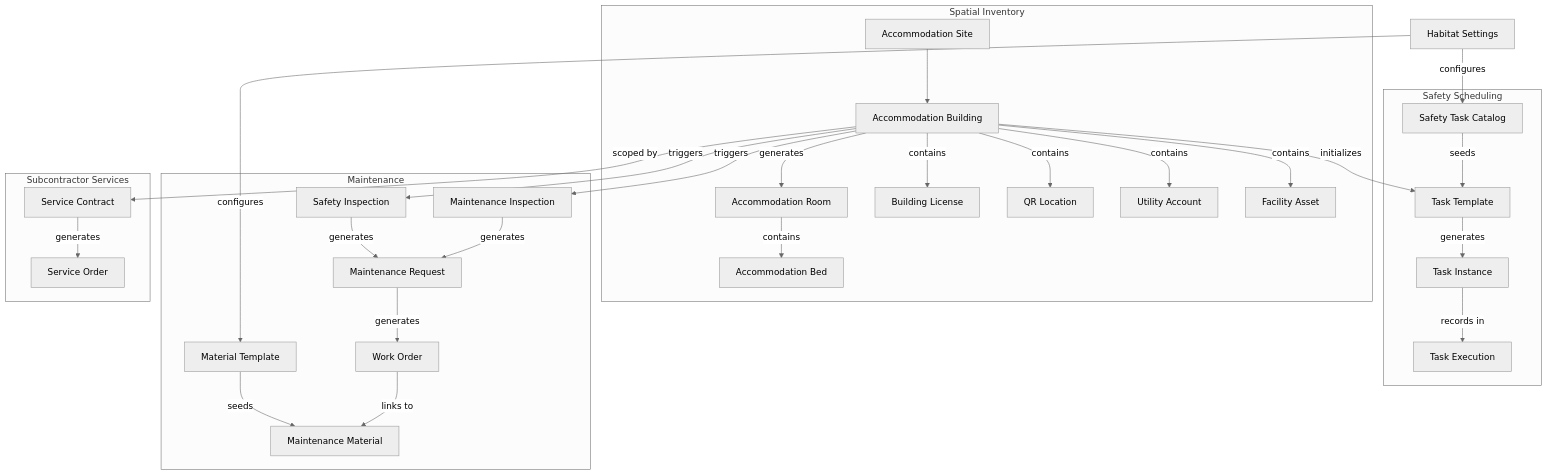
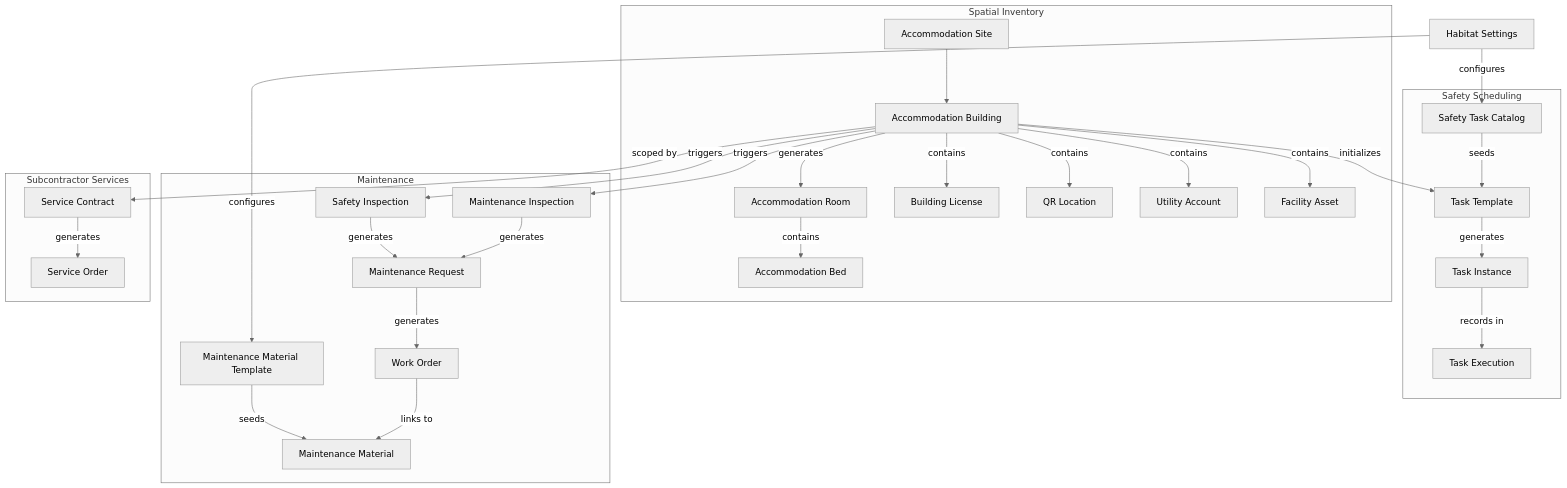
The first of 3 diagrams in README.md (iabodysa/apex), drawn with Mermaid (neutral theme) before and after one commit. The commit also changed 2 other files, not shown here.

Commit message:
fix: report ref_doctype, 6 missing Arabic translations, README Mermaid label
- safety_open_findings.json: fix ref_doctype from 'Maintenance Inspection
  Report' to 'Safety Task Execution' (the report queries Safety Task
  Execution — wrong ref_doctype caused incorrect list-view filter in UI)
- translations/ar.csv: add 6 missing entries for v0.6.0 DocType fields:
  Accommodation Floor Plan, Default UOM, Details, Material, Notes, Quantity
- README.md: expand Mermaid node label from 'Material Template' to the
  full DocType name 'Maintenance Material Template'

````diff
--- a/README.md
+++ b/README.md
@@ -50,39 +50,39 @@
 ```mermaid
 flowchart TD
     Settings["Habitat Settings"]
 
     subgraph Spatial ["Spatial Inventory"]
         Site["Accommodation Site"] --> Building["Accommodation Building"]
         Building -->|generates| Room["Accommodation Room"]
         Room -->|contains| Bed["Accommodation Bed"]
         Building -->|contains| License["Building License"]
         Building -->|contains| QRLocation["QR Location"]
         Building -->|contains| UtilityAccount["Utility Account"]
         Building -->|contains| FacilityAsset["Facility Asset"]
     end
 
     subgraph Safety ["Safety Scheduling"]
         TaskCatalog["Safety Task Catalog"] -->|seeds| TaskTemplate["Task Template"]
         Building -->|initializes| TaskTemplate
         TaskTemplate -->|generates| TaskInstance["Task Instance"]
         TaskInstance -->|records in| SafetyExecution["Task Execution"]
     end
 
     subgraph Maintenance ["Maintenance"]
-        MaintTemplate["Material Template"] -->|seeds| MaintMaterial["Maintenance Material"]
+        MaintTemplate["Maintenance Material Template"] -->|seeds| MaintMaterial["Maintenance Material"]
         Building -->|triggers| SafetyInspection["Safety Inspection"]
         Building -->|triggers| MaintInspection["Maintenance Inspection"]
         SafetyInspection -->|generates| MaintRequest["Maintenance Request"]
         MaintInspection -->|generates| MaintRequest
         MaintRequest -->|generates| WorkOrder["Work Order"]
         WorkOrder -->|links to| MaintMaterial
     end
 
     subgraph Subcontractor ["Subcontractor Services"]
         SubContract["Service Contract"] -->|generates| SubOrder["Service Order"]
         Building -->|scoped by| SubContract
     end
 
     Settings -->|configures| TaskCatalog
     Settings -->|configures| MaintTemplate
 ```
````
